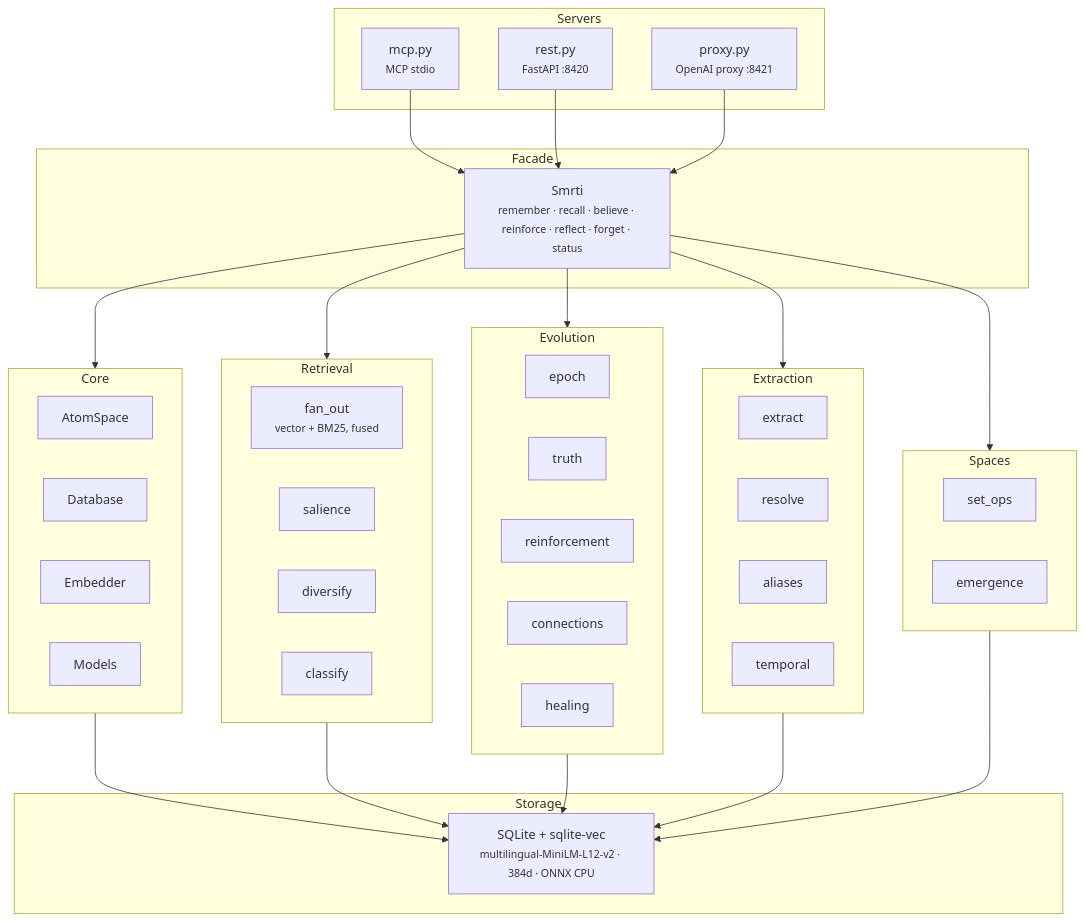
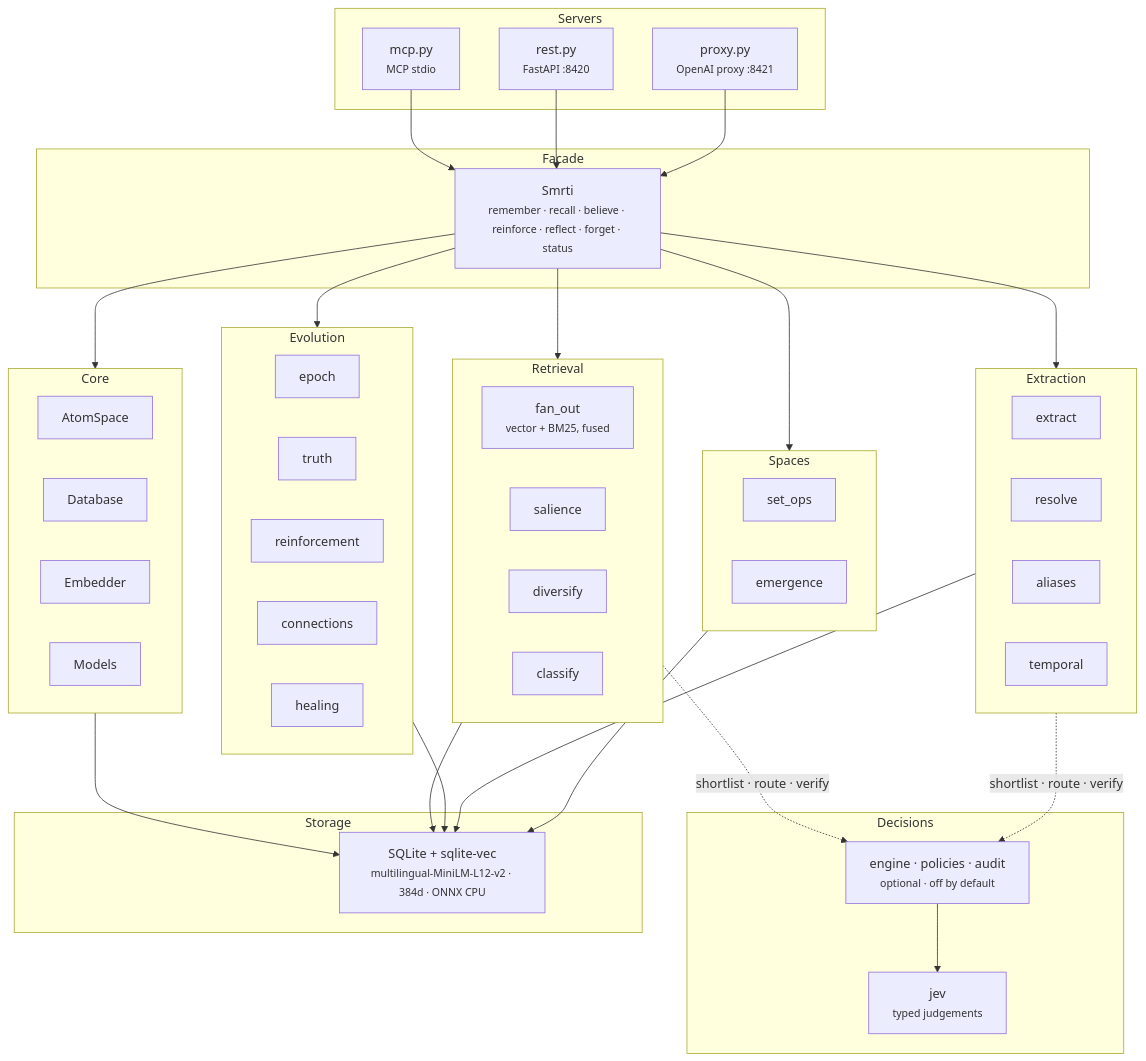
The diagram in README.md (cyqlelabs/smrti), drawn with Mermaid before and after one commit. The commit also changed other lines of this file and 29 other files, not shown here.

````diff
--- a/README.md
+++ b/README.md
@@ -430,54 +478,61 @@
 ```mermaid
 graph TD
     subgraph Facade
         S["Smrti<br/><small>remember · recall · believe · reinforce · reflect · forget · status</small>"]
     end
 
     subgraph Servers
         MCP["mcp.py<br/><small>MCP stdio</small>"]
         REST["rest.py<br/><small>FastAPI :8420</small>"]
         PROXY["proxy.py<br/><small>OpenAI proxy :8421</small>"]
     end
 
     subgraph Core
         AS["AtomSpace"]
         DB["Database"]
         EMB["Embedder"]
         MOD["Models"]
     end
 
     subgraph Retrieval
         FAN["fan_out<br/><small>vector + BM25, fused</small>"]
         SAL["salience"]
         DIV["diversify"]
         CLS["classify"]
     end
 
     subgraph Evolution
         EPO["epoch"]
         TRU["truth"]
         REI["reinforcement"]
         CON["connections"]
         HEA["healing"]
     end
 
     subgraph Spaces
         SOP["set_ops"]
         EMG["emergence"]
     end
 
     subgraph Extraction
         EXT["extract"]
         RES["resolve"]
         ALI["aliases"]
         TMP["temporal"]
     end
 
+    subgraph Decisions
+        DEC["engine · policies · audit<br/><small>optional · off by default</small>"]
+        JEV["jev<br/><small>typed judgements</small>"]
+    end
+
     subgraph Storage
         SQL["SQLite + sqlite-vec<br/><small>multilingual-MiniLM-L12-v2 · 384d · ONNX CPU</small>"]
     end
 
     MCP & REST & PROXY --> S
     S --> Core & Retrieval & Evolution & Extraction & Spaces
+    Retrieval & Extraction -.->|"shortlist · route · verify"| DEC
+    DEC --> JEV
     Core & Retrieval & Evolution & Extraction & Spaces --> SQL
 ```
````
